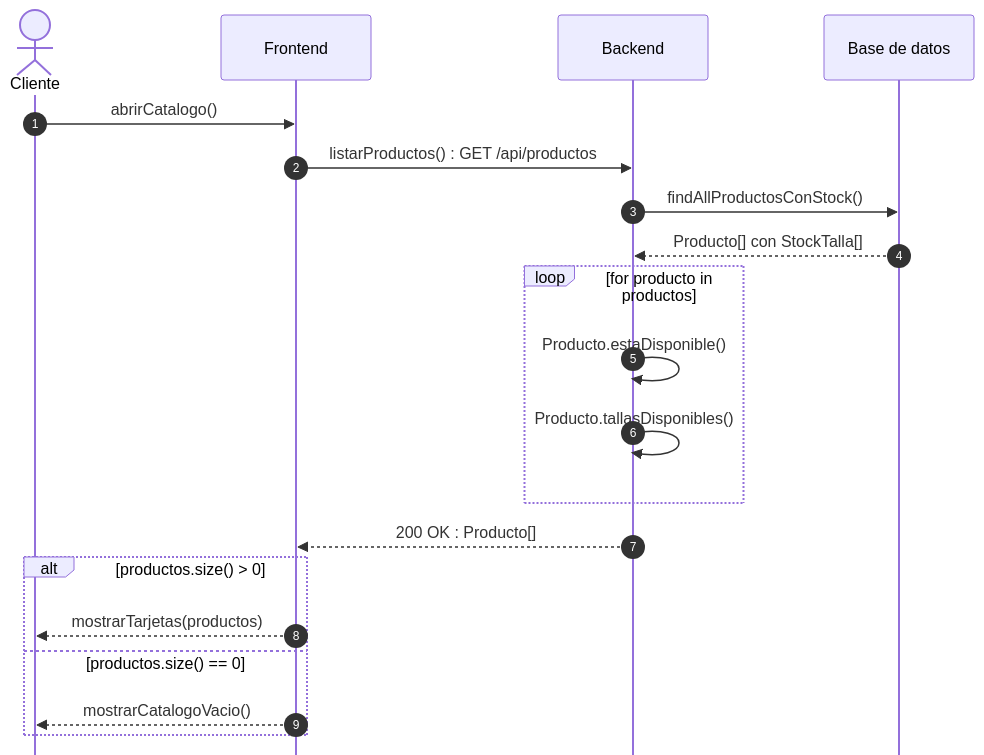
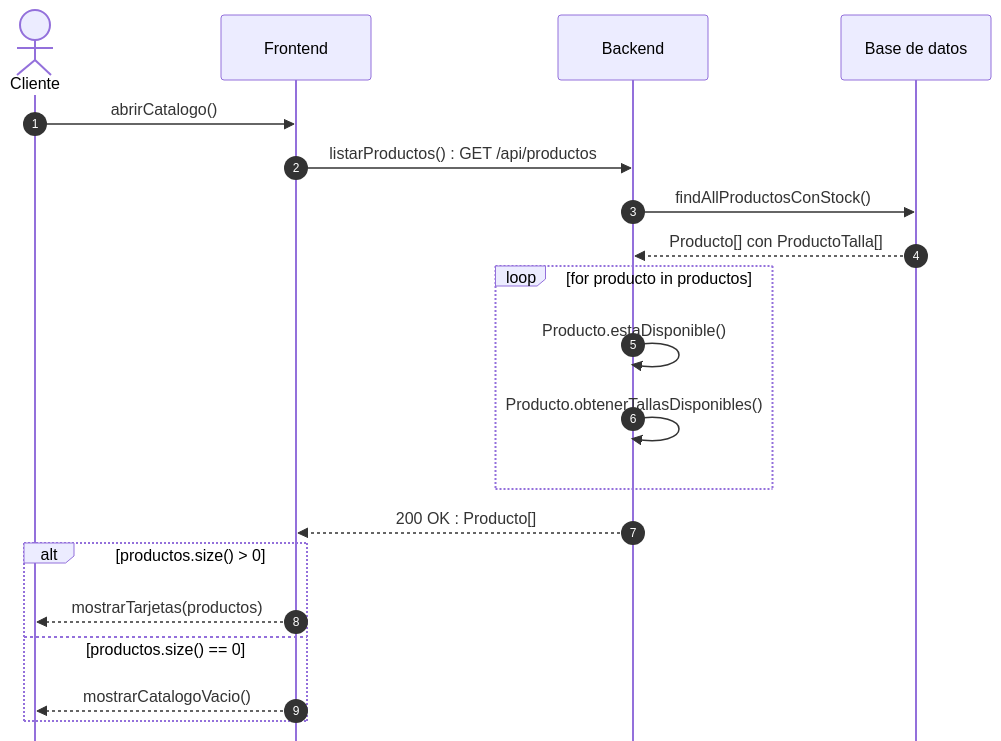
Before and after one commit to ajgarciarias10/PR3GPS: the diagram in Practica3_G11_LaTeX/codigo/sec_us01.mmd, drawn with Mermaid. The commit also changed 27 other files, not shown here.

First line of the commit message:
fix(bloque3): alinear diagramas de secuencia con el diagrama de clases final

```diff
--- a/Practica3_G11_LaTeX/codigo/sec_us01.mmd
+++ b/Practica3_G11_LaTeX/codigo/sec_us01.mmd
@@ -1,21 +1,21 @@
 %%{init: {'sequence': {'mirrorActors': false}}}%%
 sequenceDiagram
     autonumber
     actor U as Cliente
     participant FE as Frontend
     participant BE as Backend
     participant DB as Base de datos
     U->>FE: abrirCatalogo()
     FE->>BE: listarProductos() : GET /api/productos
     BE->>DB: findAllProductosConStock()
-    DB-->>BE: Producto[] con StockTalla[]
+    DB-->>BE: Producto[] con ProductoTalla[]
     loop for producto in productos
         BE->>BE: Producto.estaDisponible()
-        BE->>BE: Producto.tallasDisponibles()
+        BE->>BE: Producto.obtenerTallasDisponibles()
     end
     BE-->>FE: 200 OK : Producto[]
     alt productos.size() > 0
         FE-->>U: mostrarTarjetas(productos)
     else productos.size() == 0
         FE-->>U: mostrarCatalogoVacio()
     end
```
